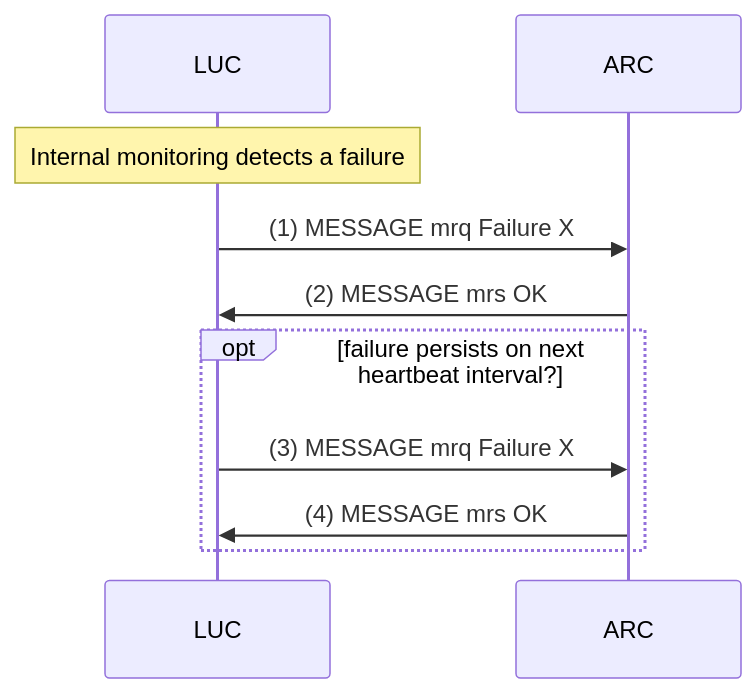
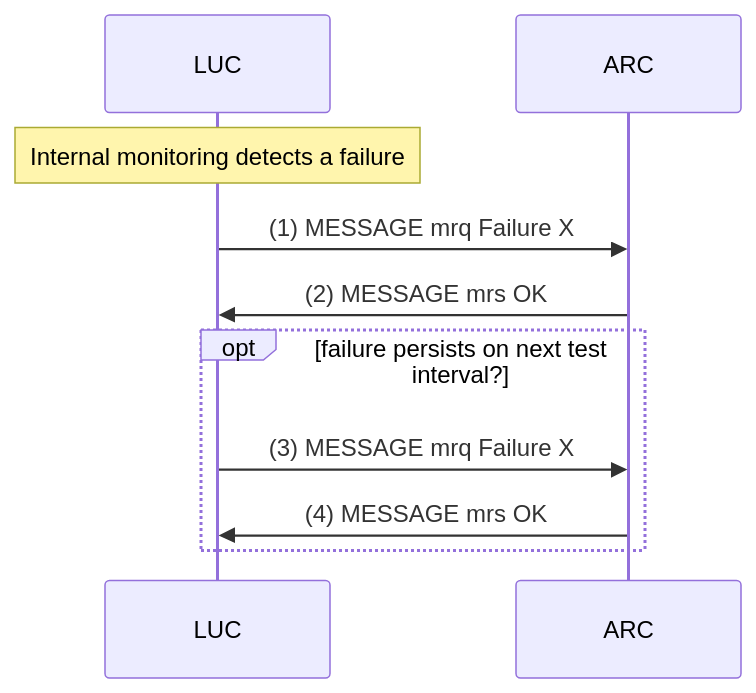
Before and after one commit to Telegartner-Elektronik/LACS-Protocol: the sixth of 9 diagrams in LACS.md, drawn with Mermaid. The commit also changed other lines of this file, not shown here.

````diff
--- a/LACS.md
+++ b/LACS.md
@@ -820,15 +847,15 @@
 ```mermaid
 sequenceDiagram
     participant LUC
     participant ARC
 
     Note over LUC: Internal monitoring detects a failure
 
     LUC->>ARC: (1) MESSAGE mrq Failure X
     ARC->>LUC: (2) MESSAGE mrs OK
 
-    opt failure persists on next heartbeat interval?
+    opt failure persists on next test interval?
         LUC->>ARC: (3) MESSAGE mrq Failure X
         ARC->>LUC: (4) MESSAGE mrs OK
     end
 ```
````
